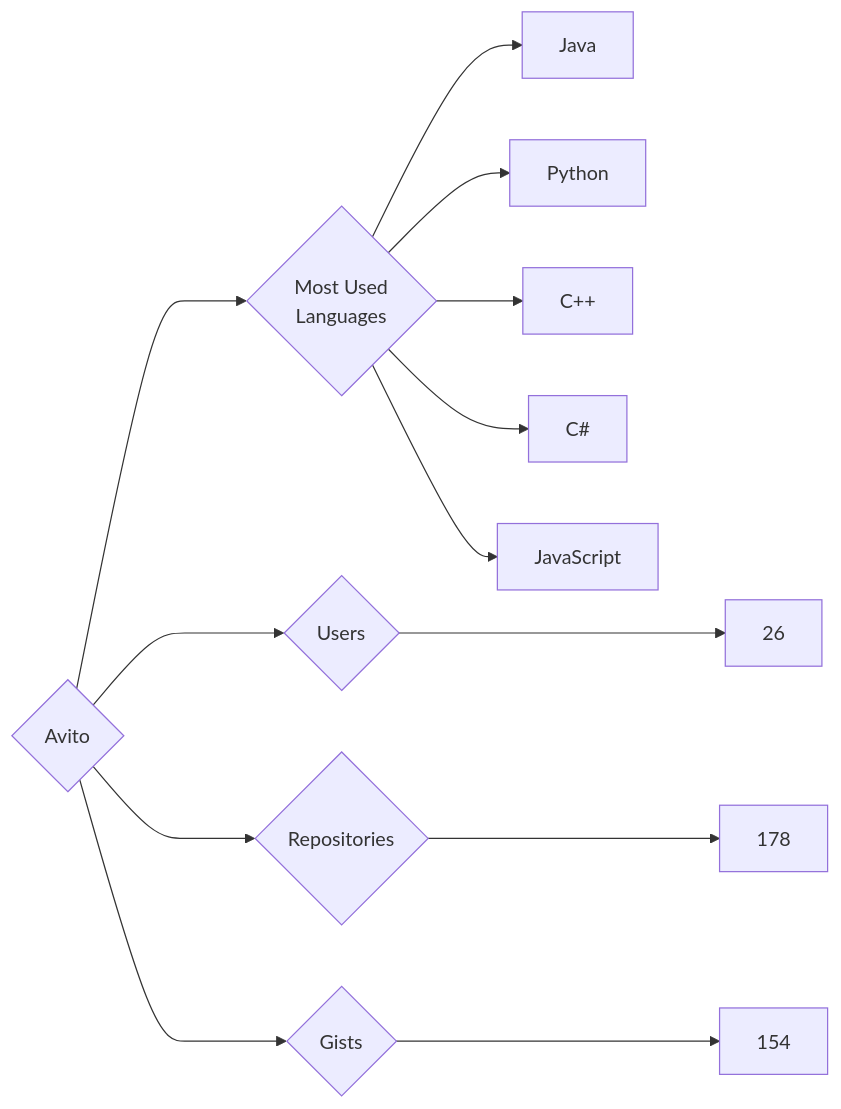
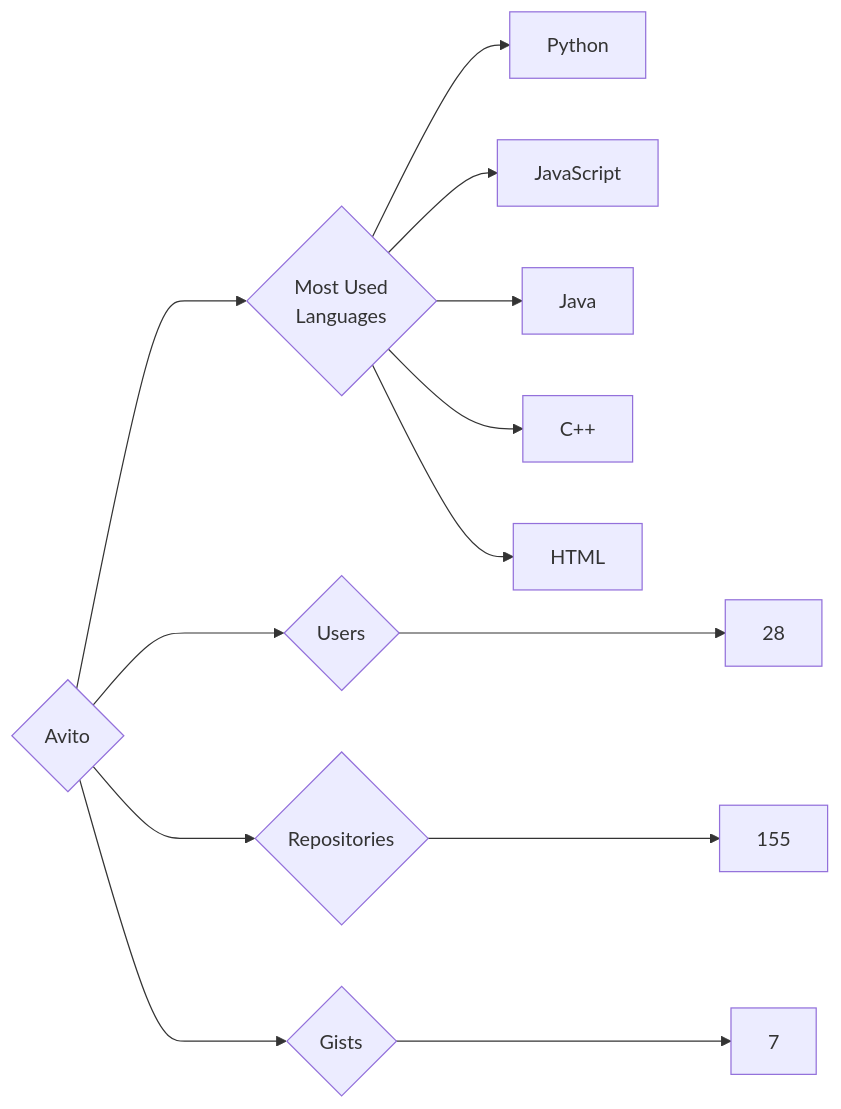
The diagram in targets/Avito/README.md (trickest/insiders), drawn with Mermaid before and after one commit. The commit also changed 772 other files, not shown here.

````diff
--- a/targets/Avito/README.md
+++ b/targets/Avito/README.md
@@ -3,13 +3,13 @@
 ```mermaid
 graph LR
 COMPANY_NAME{Avito}
-COMPANY_NAME ---> U{Users} ---> UN[26]
-COMPANY_NAME ---> R{Repositories} ---> RN[178]
-COMPANY_NAME ---> G{Gists} ---> GN[154]
+COMPANY_NAME ---> U{Users} ---> UN[28]
+COMPANY_NAME ---> R{Repositories} ---> RN[155]
+COMPANY_NAME ---> G{Gists} ---> GN[7]
 COMPANY_NAME ---> ML{Most Used<br>Languages}
+ML --> Python[Python]
+ML --> JavaScript[JavaScript]
 ML --> Java[Java]
-ML --> Python[Python]
 ML --> C++[C++]
-ML --> C#[C#]
-ML --> JavaScript[JavaScript]
+ML --> HTML[HTML]
 ```
````
